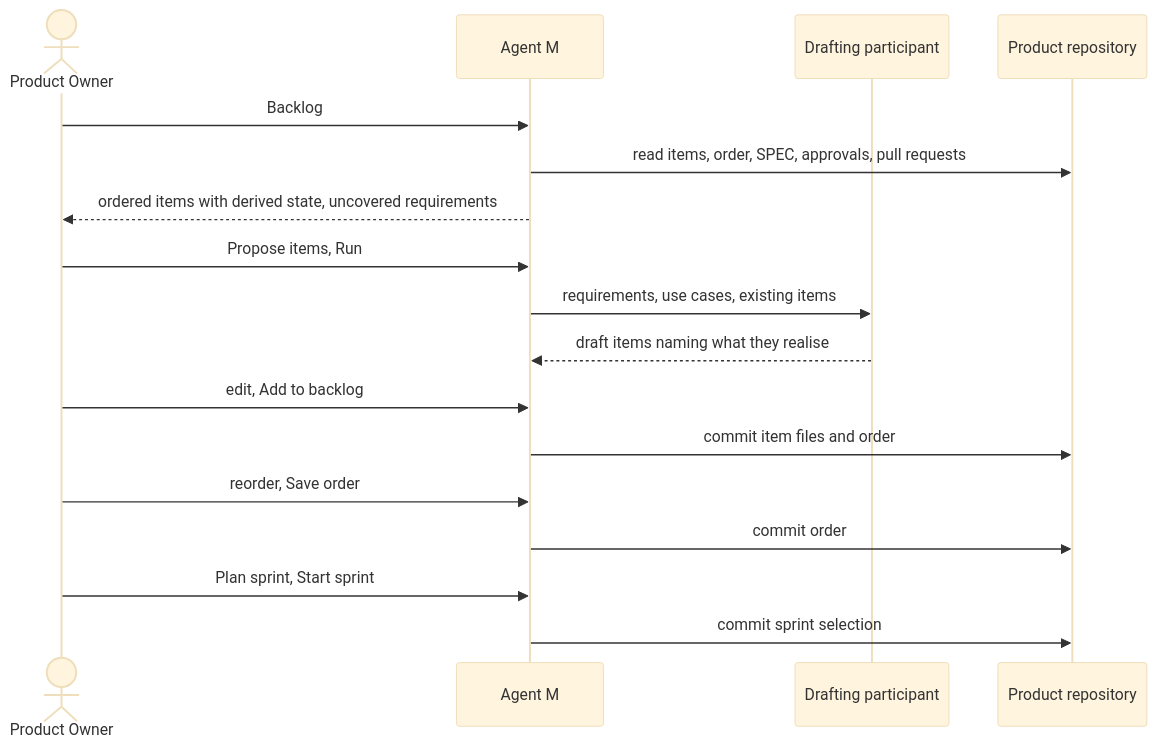
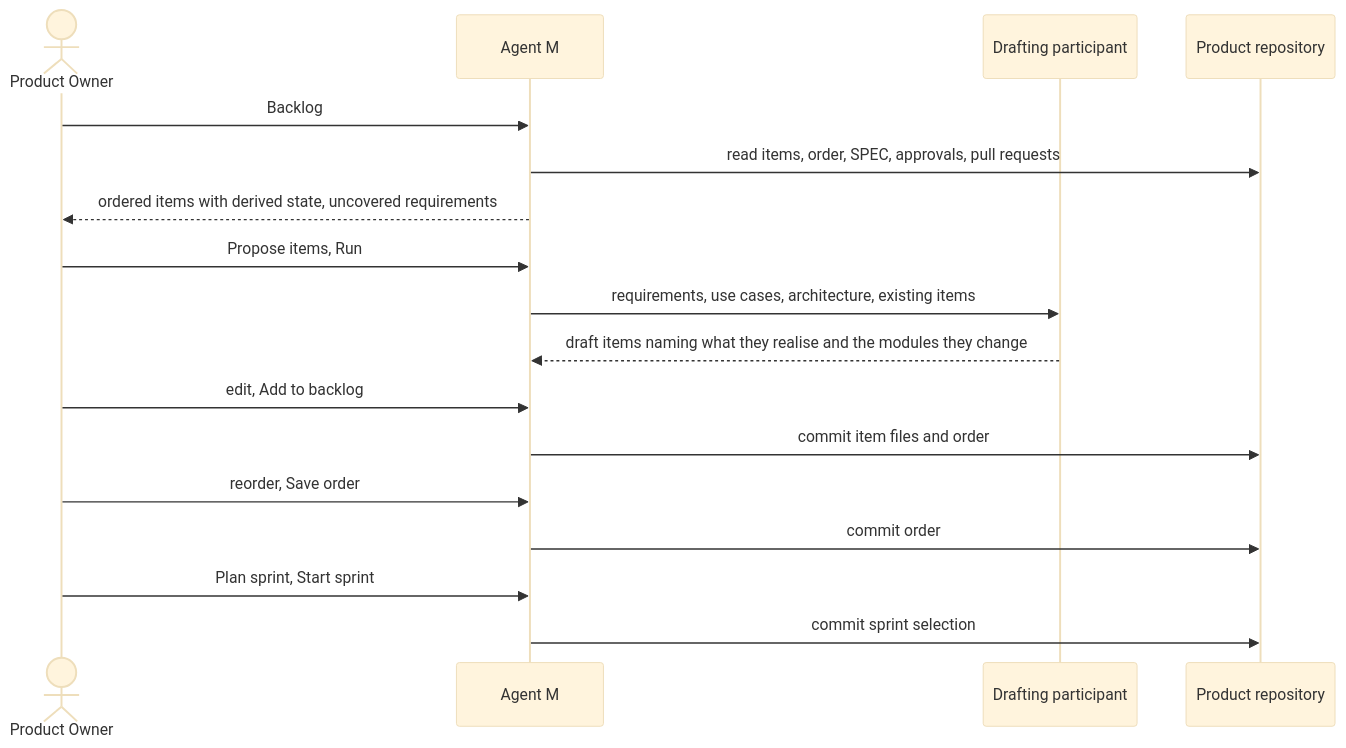
The diagram in docs/use-cases/UC-032-maintain-the-backlog.md (akmaier/agent-m), drawn with Mermaid (base theme) before and after one commit. The commit also changed other lines of this file and 12 other files, not shown here.

````diff
--- a/docs/use-cases/UC-032-maintain-the-backlog.md
+++ b/docs/use-cases/UC-032-maintain-the-backlog.md
@@ -84,19 +90,19 @@
 ```mermaid
 sequenceDiagram
     actor O as Product Owner
     participant M as Agent M
     participant E as Drafting participant
     participant G as Product repository
     O->>M: Backlog
     M->>G: read items, order, SPEC, approvals, pull requests
     M-->>O: ordered items with derived state, uncovered requirements
     O->>M: Propose items, Run
-    M->>E: requirements, use cases, existing items
-    E-->>M: draft items naming what they realise
+    M->>E: requirements, use cases, architecture, existing items
+    E-->>M: draft items naming what they realise and the modules they change
     O->>M: edit, Add to backlog
     M->>G: commit item files and order
     O->>M: reorder, Save order
     M->>G: commit order
     O->>M: Plan sprint, Start sprint
     M->>G: commit sprint selection
 ```
````
